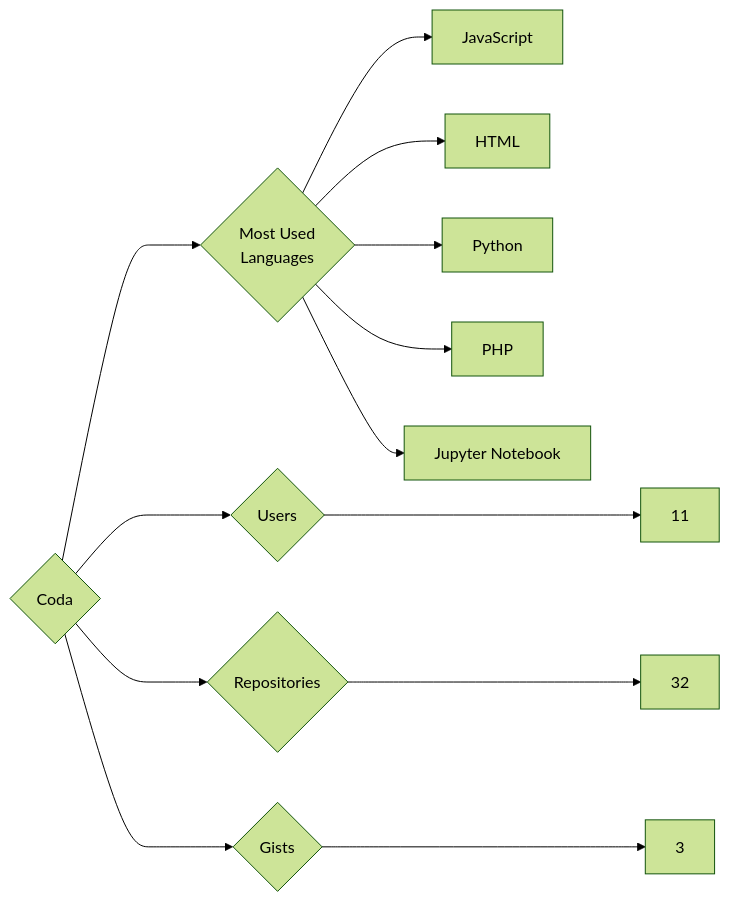
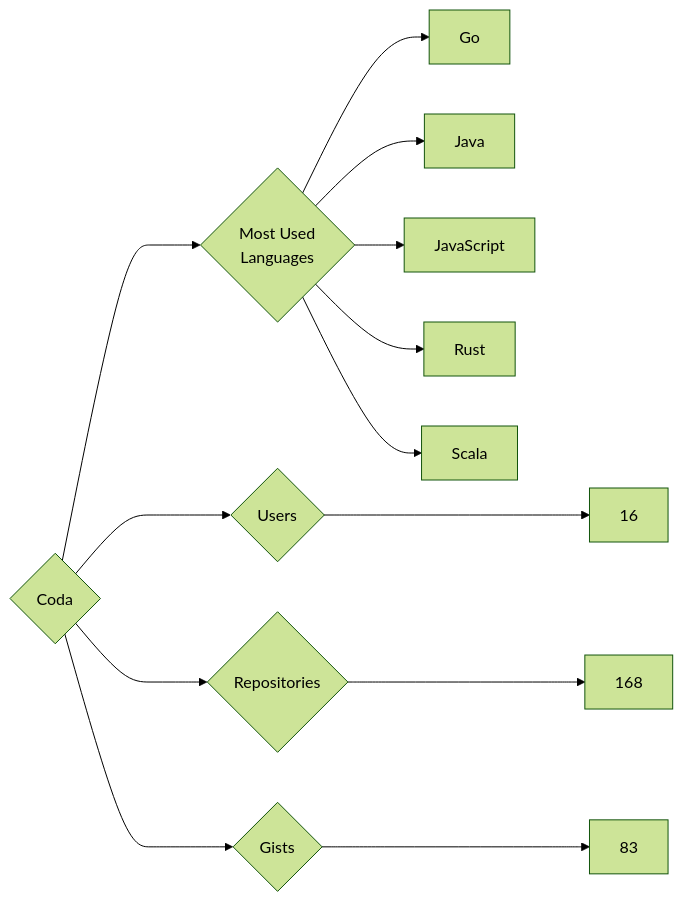
The diagram in targets/Coda/README.md (trickest/insiders), drawn with Mermaid (forest theme) before and after one commit. The commit also changed 935 other files, not shown here.

````diff
--- a/targets/Coda/README.md
+++ b/targets/Coda/README.md
@@ -3,13 +3,13 @@
 ```mermaid
 graph LR
 COMPANY_NAME{Coda}
-COMPANY_NAME ---> U{Users} ---> UN[11]
-COMPANY_NAME ---> R{Repositories} ---> RN[32]
-COMPANY_NAME ---> G{Gists} ---> GN[3]
+COMPANY_NAME ---> U{Users} ---> UN[16]
+COMPANY_NAME ---> R{Repositories} ---> RN[168]
+COMPANY_NAME ---> G{Gists} ---> GN[83]
 COMPANY_NAME ---> ML{Most Used<br>Languages}
+ML --> Go[Go]
+ML --> Java[Java]
 ML --> JavaScript[JavaScript]
-ML --> HTML[HTML]
-ML --> Python[Python]
-ML --> PHP[PHP]
-ML --> Jupyter_Notebook[Jupyter Notebook]
+ML --> Rust[Rust]
+ML --> Scala[Scala]
 ```
````
